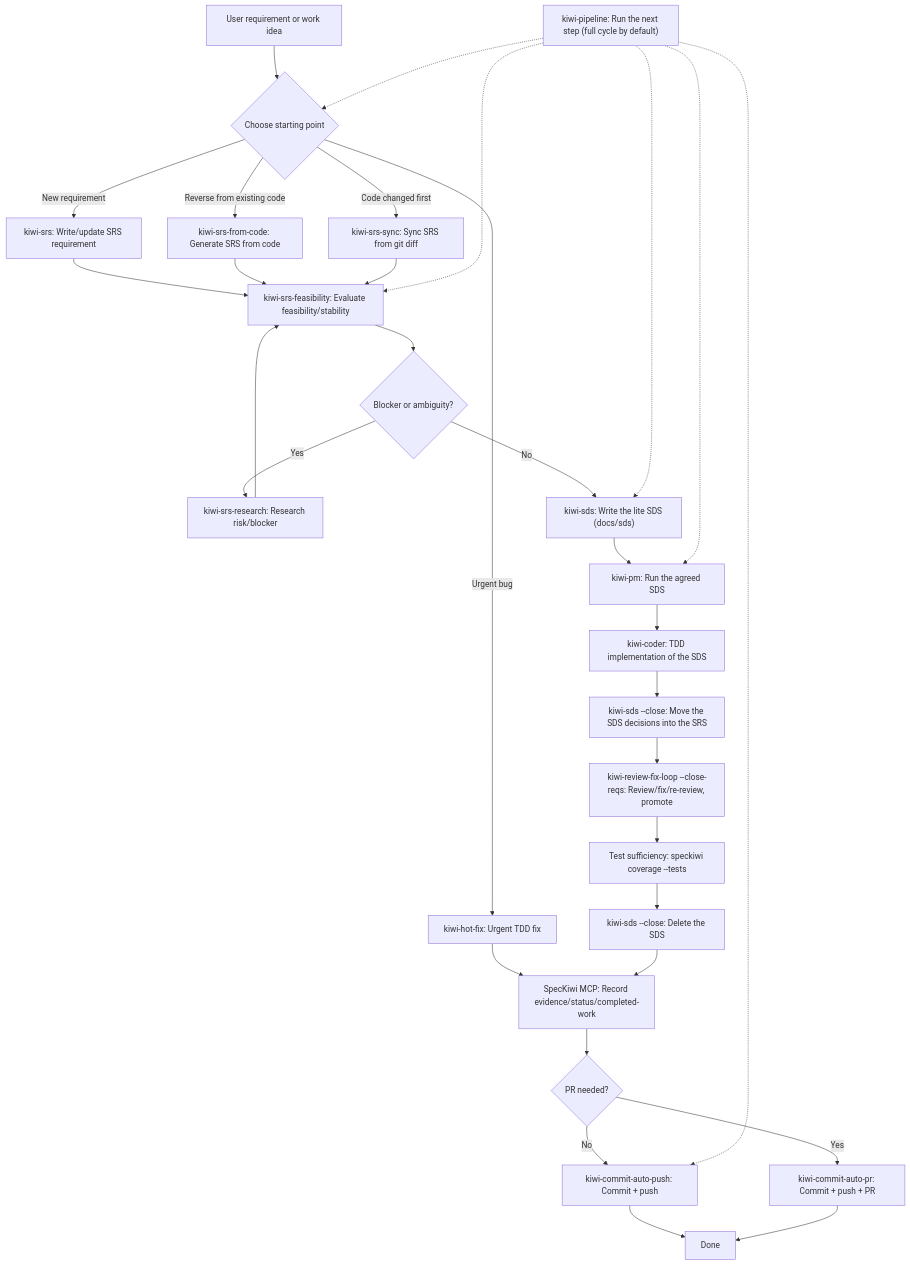
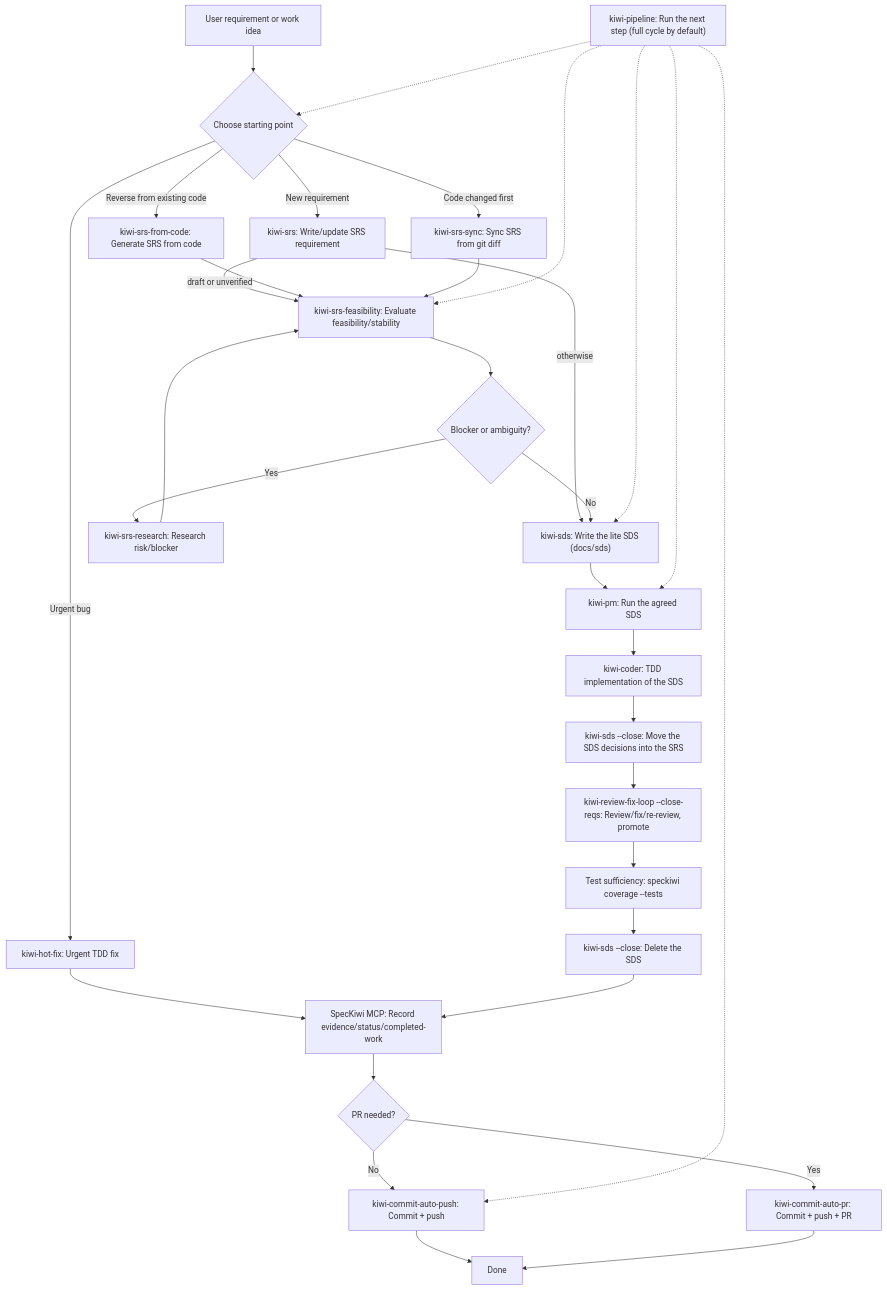
The first of 4 diagrams in README.md (Snoworca/speckiwi), drawn with Mermaid before and after one commit. The commit also changed other lines of this file, not shown here.

````diff
--- a/README.md
+++ b/README.md
@@ -324,37 +419,38 @@
 ```mermaid
 flowchart TD
     A["User requirement or work idea"] --> B{"Choose starting point"}
     B -->|New requirement| C["kiwi-srs: Write/update SRS requirement"]
     B -->|Reverse from existing code| D["kiwi-srs-from-code: Generate SRS from code"]
     B -->|Code changed first| E["kiwi-srs-sync: Sync SRS from git diff"]
     B -->|Urgent bug| Q["kiwi-hot-fix: Urgent TDD fix"]
 
-    C --> F["kiwi-srs-feasibility: Evaluate feasibility/stability"]
+    C -->|draft or unverified| F["kiwi-srs-feasibility: Evaluate feasibility/stability"]
+    C -->|otherwise| I
     D --> F
     E --> F
     Q --> M
 
     F --> G{"Blocker or ambiguity?"}
     G -->|Yes| H["kiwi-srs-research: Research risk/blocker"]
     H --> F
     G -->|No| I["kiwi-sds: Write the lite SDS (docs/sds)"]
 
     I --> J["kiwi-pm: Run the agreed SDS"]
     J --> K["kiwi-coder: TDD implementation of the SDS"]
     K --> X["kiwi-sds --close: Move the SDS decisions into the SRS"]
     X --> R["kiwi-review-fix-loop --close-reqs: Review/fix/re-review, promote"]
     R --> V["Test sufficiency: speckiwi coverage --tests"]
     V --> Y["kiwi-sds --close: Delete the SDS"]
     Y --> M["SpecKiwi MCP: Record evidence/status/completed-work"]
     M --> S{"PR needed?"}
     S -->|No| N["kiwi-commit-auto-push: Commit + push"]
     S -->|Yes| T["kiwi-commit-auto-pr: Commit + push + PR"]
     N --> O["Done"]
     T --> O
 
     P["kiwi-pipeline: Run the next step (full cycle by default)"] -.-> B
     P -.-> F
     P -.-> I
     P -.-> J
     P -.-> N
 ```
````
